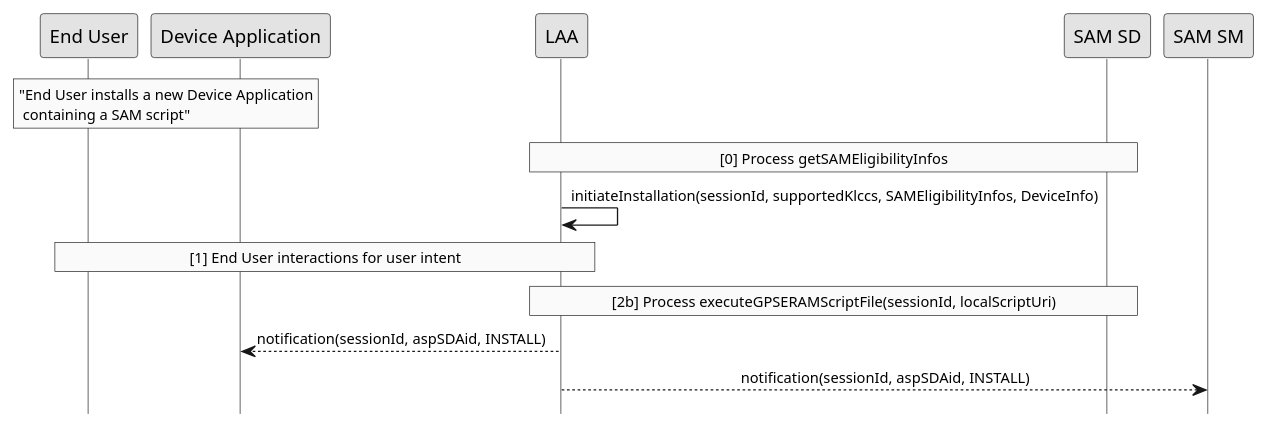
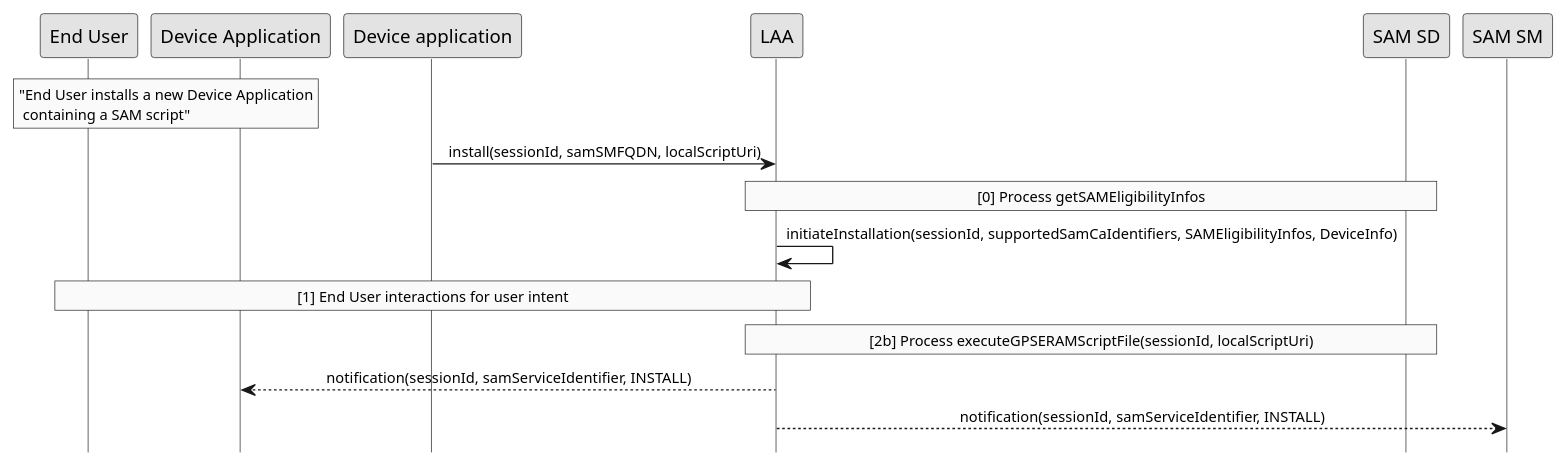
The diagram in doc/uml/install-local.pu (GlobalPlatform/LAA-SAM_SM-Interface), drawn with PlantUML before and after one commit. The commit also changed 27 other files, not shown here.

Commit message:
- diag update with samServiceIdentifier - add contributing - remove examples directory (all in yaml file)

```diff
--- a/doc/uml/install-local.pu
+++ b/doc/uml/install-local.pu
@@ -1,33 +1,35 @@
 @startuml
  
 hide footbox
 skinparam sequenceMessageAlign center
 skinparam sequenceArrowFontSize 11
 skinparam noteFontSize 11
 skinparam monochrome true
 skinparam lifelinestrategy solid
 
 
 rnote over "End User", "Device Application"
      "End User installs a new Device Application
       containing a SAM script"
 end rnote
 
+"Device application" -> LAA : install(sessionId, samSMFQDN, localScriptUri)
+
 rnote over "LAA", "SAM SD"
      [0] Process getSAMEligibilityInfos
 end rnote
 
-"LAA" -> "LAA" : initiateInstallation(sessionId, supportedKlccs, SAMEligibilityInfos, DeviceInfo)
+"LAA" -> "LAA" : initiateInstallation(sessionId, supportedSamCaIdentifiers, SAMEligibilityInfos, DeviceInfo)
 
 rnote over "LAA", "End User"
      [1] End User interactions for user intent
 end rnote
 
 rnote over "LAA", "SAM SD"
      [2b] Process executeGPSERAMScriptFile(sessionId, localScriptUri)
 end rnote
  
-LAA --> "Device Application" : notification(sessionId, aspSDAid, INSTALL)
+LAA --> "Device Application" : notification(sessionId, samServiceIdentifier, INSTALL)
  
-LAA --> "SAM SM" : notification(sessionId, aspSDAid, INSTALL)
+LAA --> "SAM SM" : notification(sessionId, samServiceIdentifier, INSTALL)
 @enduml
```
